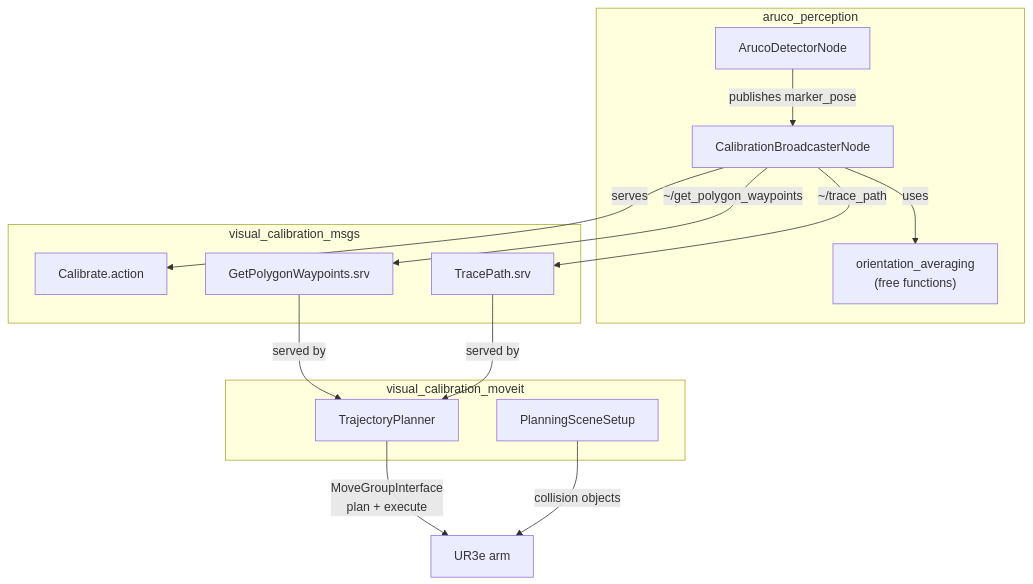
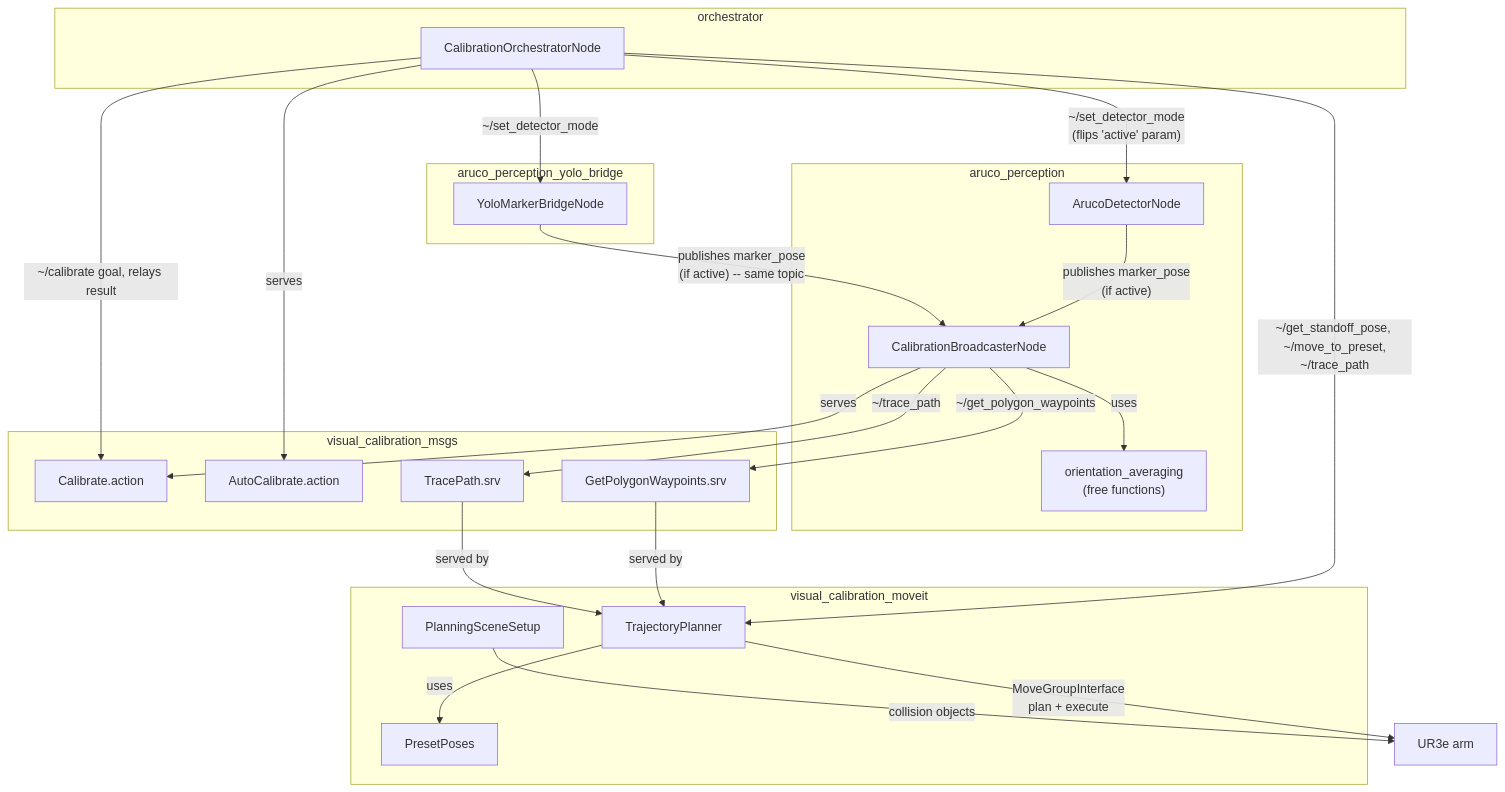
One commit to tesarect/aruco_visual_calibration changed the diagram in resources/docs/class_docs/README.md. Above: the diagram before and after it, drawn with Mermaid. The commit also changed other lines of this file and 109 other files, not shown here.

Commit message:
[wip] depth perception& 3d pose for holes, removed redudndant pks,

````diff
--- a/resources/docs/class_docs/README.md
+++ b/resources/docs/class_docs/README.md
@@ -10,29 +10,46 @@
 ```mermaid
 flowchart TD
     subgraph AP["aruco_perception"]
         DET["ArucoDetectorNode"]
         CB["CalibrationBroadcasterNode"]
         OA["orientation_averaging\n(free functions)"]
     end
 
+    subgraph YB["aruco_perception_yolo_bridge"]
+        YOLO["YoloMarkerBridgeNode"]
+    end
+
+    subgraph ORCH["orchestrator"]
+        ORC["CalibrationOrchestratorNode"]
+    end
+
     subgraph MV["visual_calibration_moveit"]
         TP["TrajectoryPlanner"]
         PSS["PlanningSceneSetup"]
+        PP["PresetPoses"]
     end
 
     subgraph MSGS["visual_calibration_msgs"]
         CAL["Calibrate.action"]
+        AUTOCAL["AutoCalibrate.action"]
         TRACE["TracePath.srv"]
         POLY["GetPolygonWaypoints.srv"]
     end
 
-    DET -->|"publishes marker_pose"| CB
+    DET -->|"publishes marker_pose\n(if active)"| CB
+    YOLO -->|"publishes marker_pose\n(if active) -- same topic"| CB
+    ORC -->|"~/set_detector_mode\n(flips 'active' param)"| DET
+    ORC -->|"~/set_detector_mode"| YOLO
     CB -->|"uses"| OA
     CB -->|"serves"| CAL
     CB -->|"~/get_polygon_waypoints"| POLY
     CB -->|"~/trace_path"| TRACE
+    ORC -->|"serves"| AUTOCAL
+    ORC -->|"~/calibrate goal, relays result"| CAL
+    ORC -->|"~/get_standoff_pose, ~/move_to_preset,\n~/trace_path"| TP
     POLY -->|"served by"| TP
     TRACE -->|"served by"| TP
+    TP -->|"uses"| PP
     TP -->|"MoveGroupInterface\nplan + execute"| ARM["UR3e arm"]
     PSS -->|"collision objects"| ARM
 ```
````
